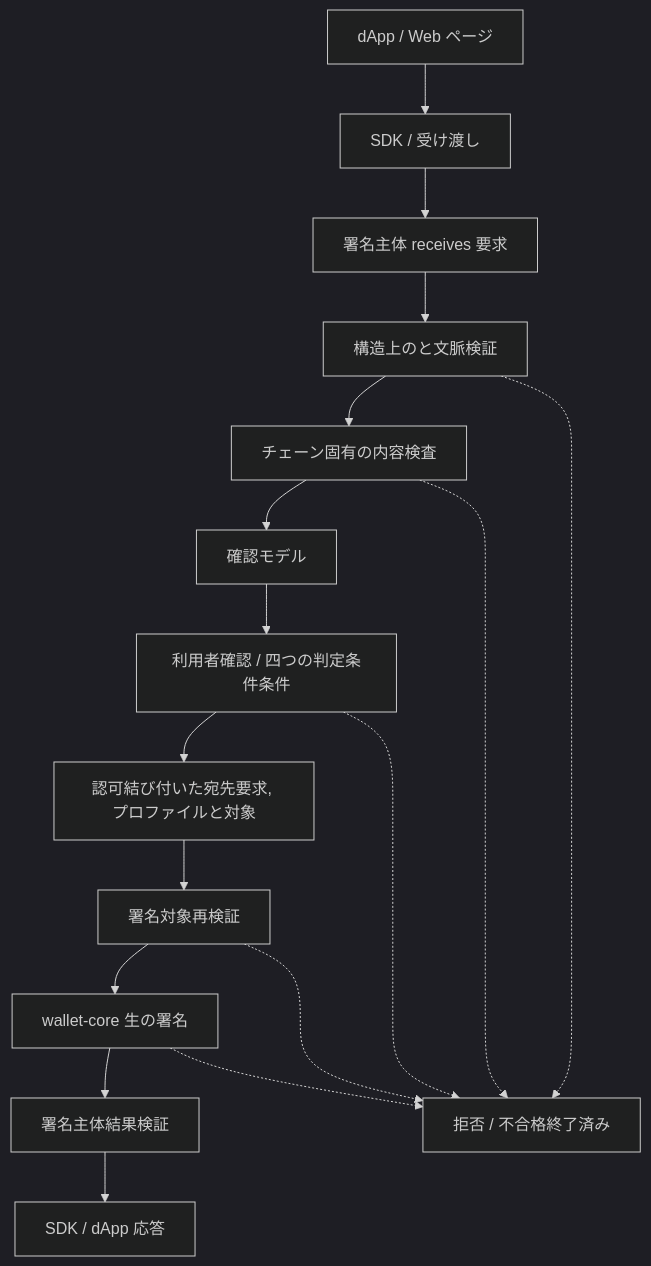
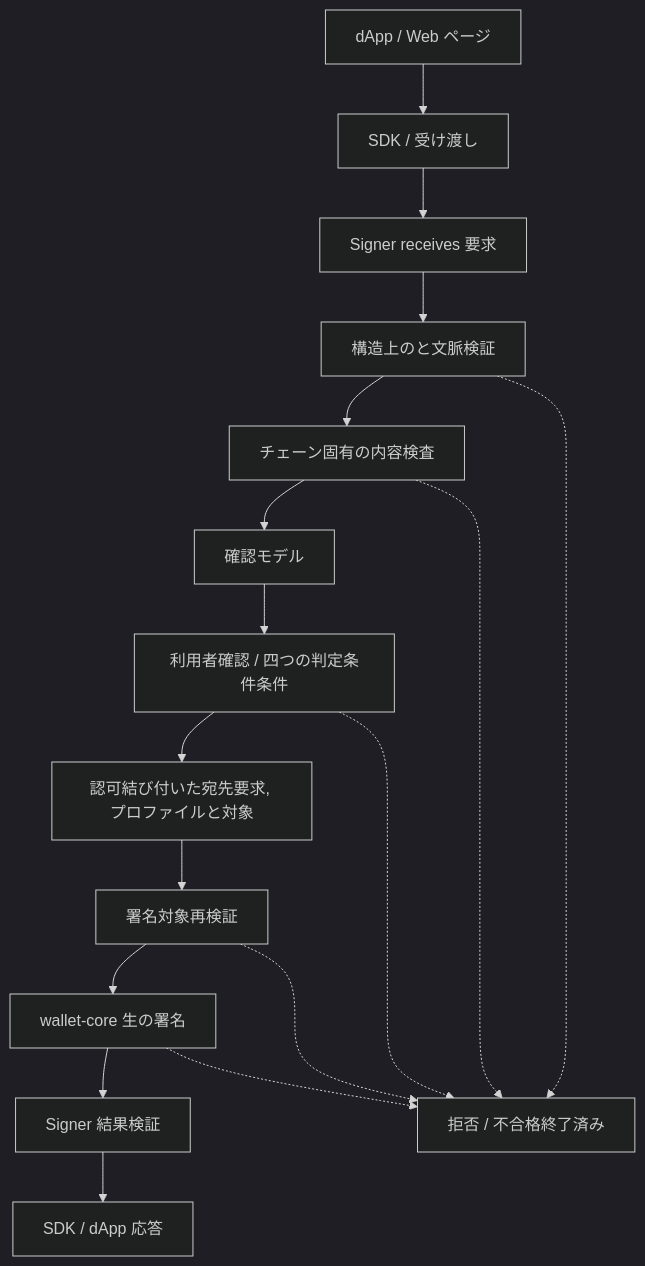
The first of 2 diagrams in docs/design/signing-flow.md (MosaicLynx/MosaicLynx), drawn with Mermaid (dark theme) before and after one commit. The commit also changed other lines of this file and 115 other files, not shown here.

````diff
--- a/docs/design/signing-flow.md
+++ b/docs/design/signing-flow.md
@@ -233,19 +233,19 @@
 ```mermaid
 flowchart TD
     D[dApp / Web ページ] --> S[SDK / 受け渡し]
-    S --> R[署名主体 receives 要求]
+    S --> R[Signer receives 要求]
     R --> V[構造上のと文脈検証]
     V --> I[チェーン固有の内容検査]
     I --> C[確認モデル]
     C --> U[利用者確認 / 四つの判定条件条件]
     U --> A[認可結び付いた宛先要求, プロファイルと対象]
     A --> T[署名対象再検証]
     T --> W[wallet-core 生の署名]
-    W --> Q[署名主体結果検証]
+    W --> Q[Signer 結果検証]
     Q --> O[SDK / dApp 応答]
     V -.-> X[拒否 / 不合格終了済み]
     I -.-> X
     U -.-> X
     T -.-> X
     W -.-> X
 ```
````
